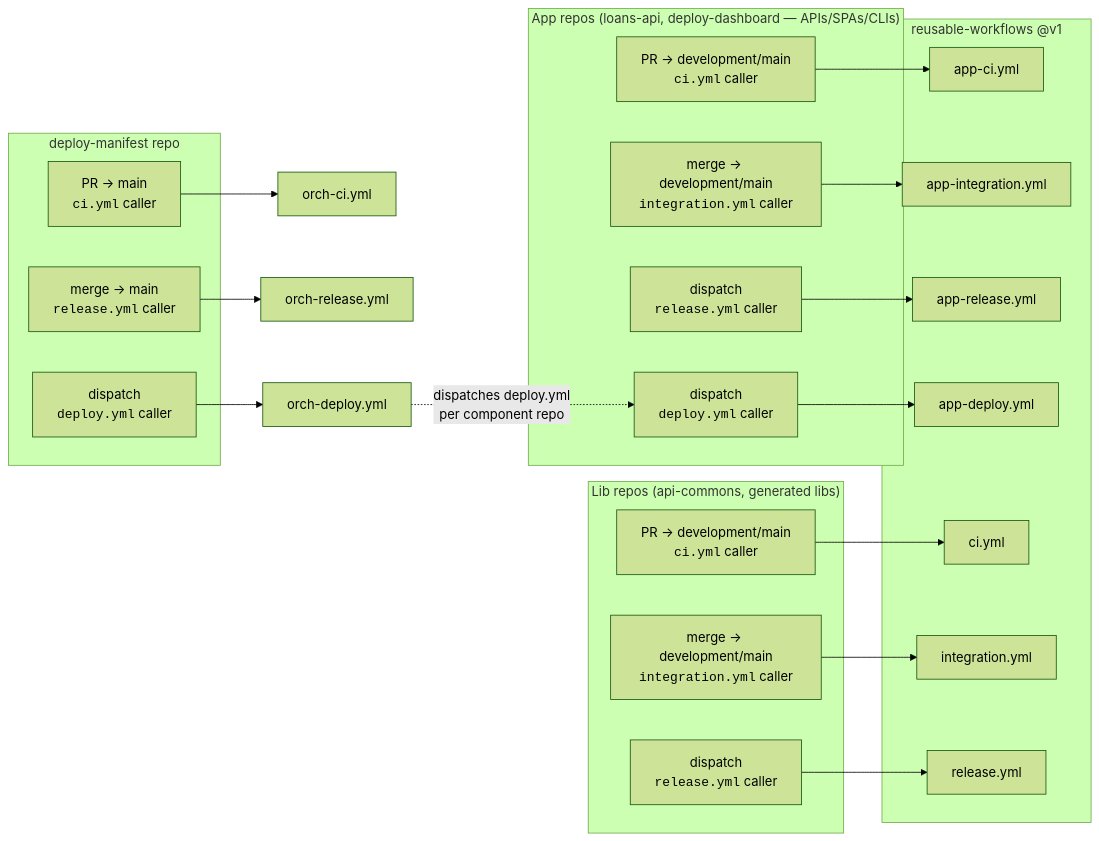
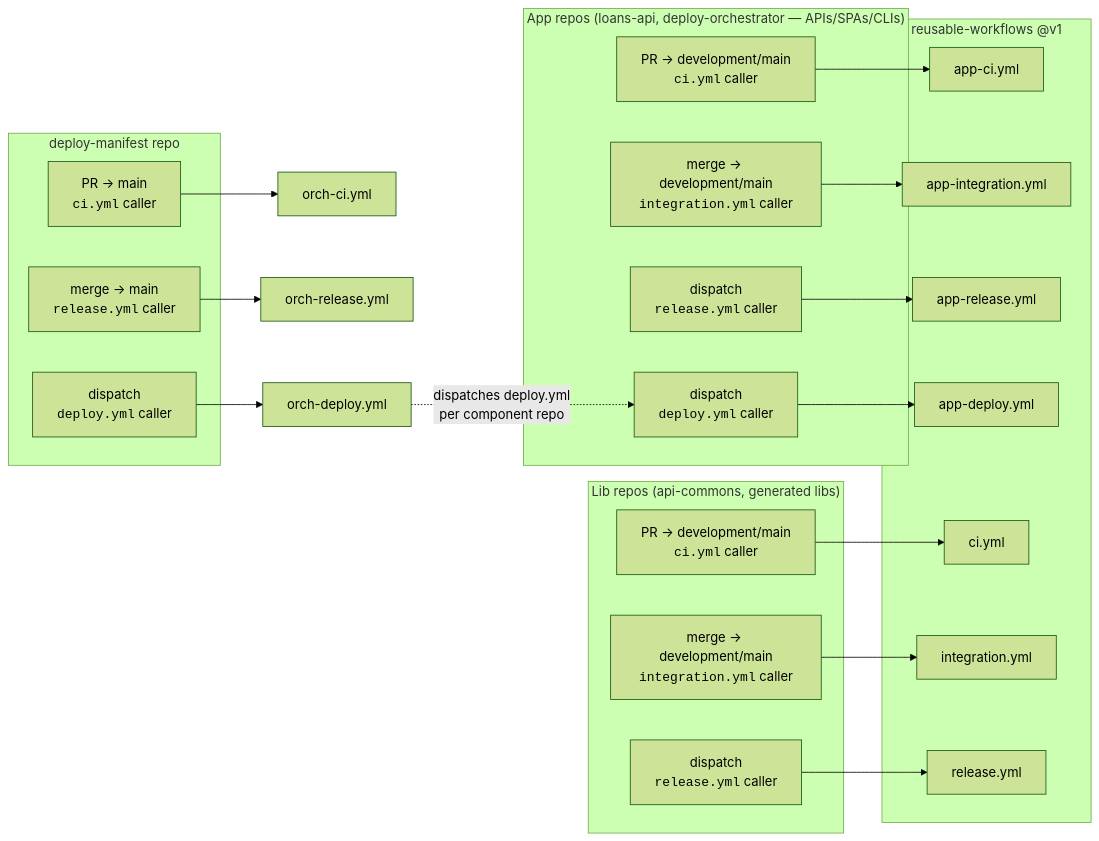
The first of 11 diagrams in docs/flows.md (progmise/reusable-workflows), drawn with Mermaid (forest theme) before and after one commit. The commit also changed 2 other files, not shown here.

Commit message:
Rename consumer: deploy-dashboard -> deploy-orchestrator (+ split backend note)

````diff
--- a/docs/flows.md
+++ b/docs/flows.md
@@ -8,42 +8,42 @@
 ```mermaid
 flowchart LR
-    subgraph API["App repos (loans-api, deploy-dashboard — APIs/SPAs/CLIs)"]
+    subgraph API["App repos (loans-api, deploy-orchestrator — APIs/SPAs/CLIs)"]
         A_PR["PR → development/main<br/><code>ci.yml</code> caller"]
         A_PUSH["merge → development/main<br/><code>integration.yml</code> caller"]
         A_REL["dispatch<br/><code>release.yml</code> caller"]
         A_DEP["dispatch<br/><code>deploy.yml</code> caller"]
     end
     subgraph LIB["Lib repos (api-commons, generated libs)"]
         L_PR["PR → development/main<br/><code>ci.yml</code> caller"]
         L_PUSH["merge → development/main<br/><code>integration.yml</code> caller"]
         L_REL["dispatch<br/><code>release.yml</code> caller"]
     end
     subgraph RW["reusable-workflows @v1"]
         RW_ACI[app-ci.yml]
         RW_AIN[app-integration.yml]
         RW_ARE[app-release.yml]
         RW_ADE[app-deploy.yml]
         RW_CI[ci.yml]
         RW_IN[integration.yml]
         RW_RE[release.yml]
     end
     A_PR --> RW_ACI
     A_PUSH --> RW_AIN
     A_REL --> RW_ARE
     A_DEP --> RW_ADE
     L_PR --> RW_CI
     L_PUSH --> RW_IN
     L_REL --> RW_RE
     subgraph MAN["deploy-manifest repo"]
         M_PR["PR → main<br/><code>ci.yml</code> caller"]
         M_PUSH["merge → main<br/><code>release.yml</code> caller"]
         M_DEP["dispatch<br/><code>deploy.yml</code> caller"]
     end
     RW_OCI[orch-ci.yml]
     RW_ORE[orch-release.yml]
     RW_ODE[orch-deploy.yml]
     M_PR --> RW_OCI
     M_PUSH --> RW_ORE
     M_DEP --> RW_ODE
     RW_ODE -. "dispatches deploy.yml<br/>per component repo" .-> A_DEP
 ```
````
